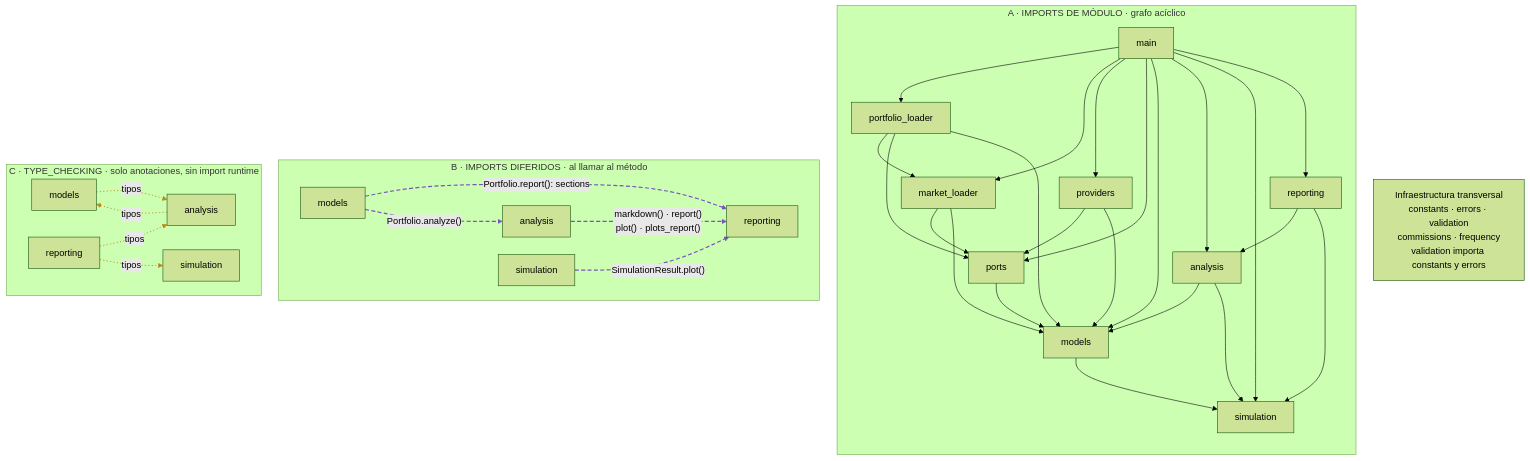
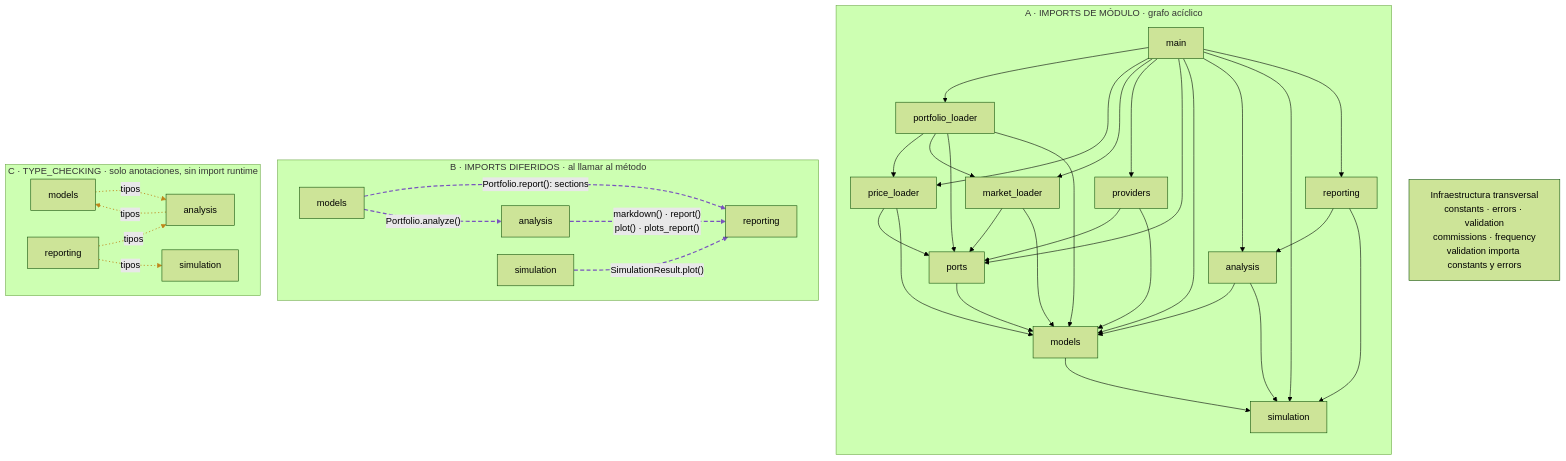
One commit to Diegopasfer1909/tallerb1-t1-equipo7 changed the diagram in diagramas/05-dependencias.mmd. Above: the diagram before and after it, drawn with Mermaid (forest theme). The commit also changed 14 other files, not shown here.

First line of the commit message:
Alinear diagramas y documentación con el flujo real y robustecer un test

```diff
--- a/diagramas/05-dependencias.mmd
+++ b/diagramas/05-dependencias.mmd
@@ -1,84 +1,90 @@
 %% Imports internos extraídos del AST. Tres vistas separadas evitan confundir
 %% importación al cargar un módulo, importación al llamar y anotaciones de tipos.
 %%{init: {"flowchart":{"curve":"basis","nodeSpacing":30,"rankSpacing":50}}}%%
 flowchart TB
     accTitle: B1-T1 · Dependencias entre paquetes
     accDescr: Imports de módulo sin ciclos, imports diferidos de conveniencia e imports exclusivos de TYPE_CHECKING.
     subgraph MODULE["A · IMPORTS DE MÓDULO · grafo acíclico"]
         direction TB
         M["main"]
         PL["portfolio_loader"]
+        PRL["price_loader"]
         ML["market_loader"]
         P["providers"]
         PO["ports"]
         D["models"]
         A["analysis"]
         S["simulation"]
         R["reporting"]
         M --> PL
+        M --> PRL
         M --> ML
         M --> P
         M --> PO
         M --> D
         M --> A
         M --> S
         M --> R
+        PL --> PRL
         PL --> ML
         PL --> PO
         PL --> D
+        PRL --> PO
+        PRL --> D
         ML --> PO
         ML --> D
         P --> PO
         P --> D
         PO --> D
         A --> D
         A --> S
         D --> S
         R --> A
         R --> S
     end
     subgraph DEFERRED["B · IMPORTS DIFERIDOS · al llamar al método"]
         direction LR
         DD["models"]
         DA["analysis"]
         DS["simulation"]
         DR["reporting"]
         DD -. "Portfolio.analyze()" .-> DA
         DD -. "Portfolio.report(): sections" .-> DR
         DA -. "markdown() · report()<br/>plot() · plots_report()" .-> DR
         DS -. "SimulationResult.plot()" .-> DR
     end
     subgraph TYPES["C · TYPE_CHECKING · solo anotaciones, sin import runtime"]
         direction LR
         TD["models"]
         TA["analysis"]
         TS["simulation"]
         TR["reporting"]
         TD -. "tipos" .-> TA
         TA -. "tipos" .-> TD
         TR -. "tipos" .-> TA
         TR -. "tipos" .-> TS
     end
     CORE["Infraestructura transversal<br/>constants · errors · validation<br/>commissions · frequency<br/>validation importa constants y errors"]
-    linkStyle 21,22,23,24 stroke:#7953BF,stroke-width:2px,stroke-dasharray:7 4;
-    linkStyle 25,26,27,28 stroke:#BF861B,stroke-width:1.5px,stroke-dasharray:2 4;
+    linkStyle 25,26,27,28 stroke:#7953BF,stroke-width:2px,stroke-dasharray:7 4;
+    linkStyle 29,30,31,32 stroke:#BF861B,stroke-width:1.5px,stroke-dasharray:2 4;
 
 %% Imports transversales omitidos visualmente:
 %% origen           | constants | errors | validation | commissions | frequency
 %% main             | sí        | sí     | sí         | sí          | no
 %% portfolio_loader | sí        | sí     | sí         | sí          | no
+%% price_loader     | no        | sí     | sí         | no          | no
 %% market_loader    | sí        | sí     | no         | no          | no
 %% providers        | sí        | sí     | sí         | no          | no
 %% models           | sí        | sí     | sí         | sí          | no
 %% analysis         | sí        | sí     | sí         | sí          | sí
 %% simulation       | sí        | sí     | sí         | sí          | sí
 %% reporting        | sí        | sí     | sí         | sí          | no
 %% validation       | sí        | sí     | --         | no          | no
 %% commissions      | no        | sí     | sí         | --          | no
 %% frequency        | sí        | no     | no         | no          | --
 %% reporting importa al cargar analysis (métricas, avisos) y simulation (supuestos).
 %% ports (puertos del núcleo) solo importa models; providers lo importa para reexportarlo.
 %% constants y errors no importan otros paquetes internos.
 %% Solo main importa providers: los cargadores reciben los adaptadores por los puertos.
 %% 4 aristas diferidas = 7 sentencias de importación.
 %% Los imports internos dentro del mismo paquete no se representan.
```
